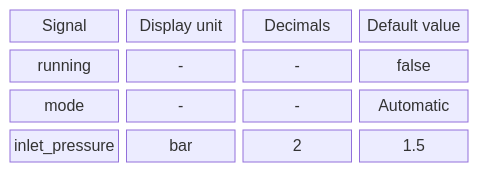
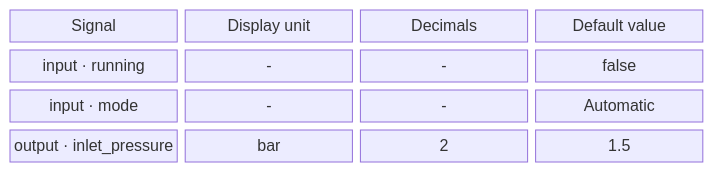
Before and after one commit to AlexandreGallais/synoptic-studio-spec: the third of 6 diagrams in metadata/09-presets.md, drawn with Mermaid. The commit also changed other lines of this file and 8 other files, not shown here.

````diff
--- a/metadata/09-presets.md
+++ b/metadata/09-presets.md
@@ -63,8 +83,8 @@
 ```mermaid
 block-beta
     columns 4
     h1["Signal"] h2["Display unit"] h3["Decimals"] h4["Default value"]
-    a1["running"] a2["-"] a3["-"] a4["false"]
-    b1["mode"] b2["-"] b3["-"] b4["Automatic"]
-    c1["inlet_pressure"] c2["bar"] c3["2"] c4["1.5"]
+    a1["input · running"] a2["-"] a3["-"] a4["false"]
+    b1["input · mode"] b2["-"] b3["-"] b4["Automatic"]
+    c1["output · inlet_pressure"] c2["bar"] c3["2"] c4["1.5"]
 ```
````
